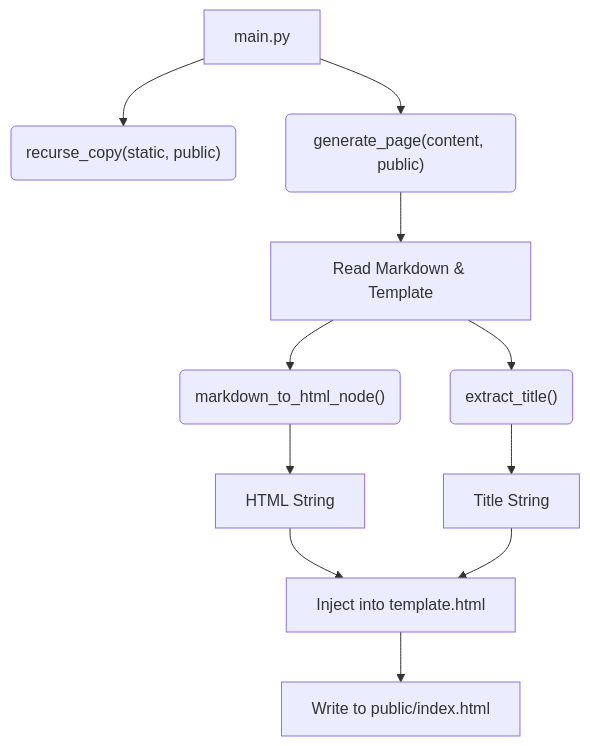
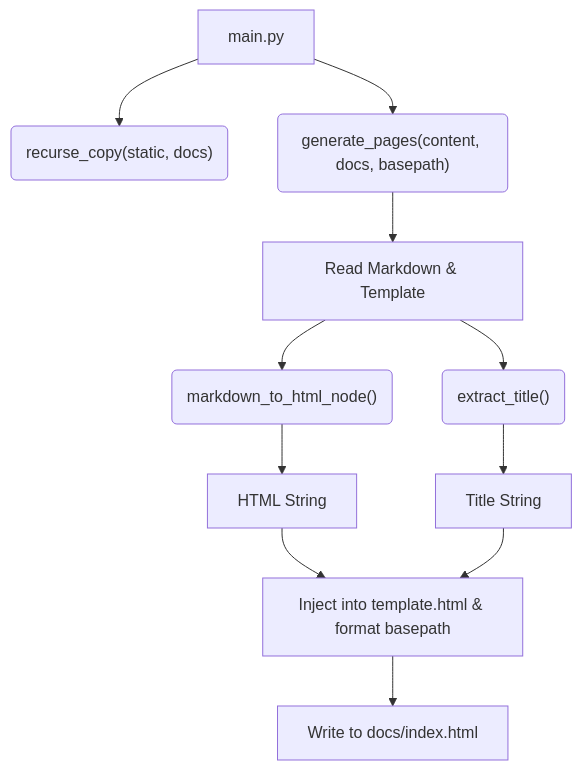
One commit to edsponsler/static-site-gen changed the sixth of 6 diagrams in architecture.md. Above: the diagram before and after it, drawn with Mermaid. The commit also changed other lines of this file and 16 other files, not shown here.

````diff
--- a/architecture.md
+++ b/architecture.md
@@ -165,15 +165,15 @@
 ```mermaid
 flowchart TD
-    A[main.py] --> B("recurse_copy(static, public)")
-    A --> C("generate_page(content, public)")
+    A[main.py] --> B("recurse_copy(static, docs)")
+    A --> C("generate_pages(content, docs, basepath)")
     
     C --> D[Read Markdown & Template]
     D --> E("markdown_to_html_node()")
     D --> F("extract_title()")
     E --> G[HTML String]
     F --> H[Title String]
     
-    G --> I[Inject into template.html]
+    G --> I[Inject into template.html & format basepath]
     H --> I
-    I --> J[Write to public/index.html]
+    I --> J[Write to docs/index.html]
 ```
````
